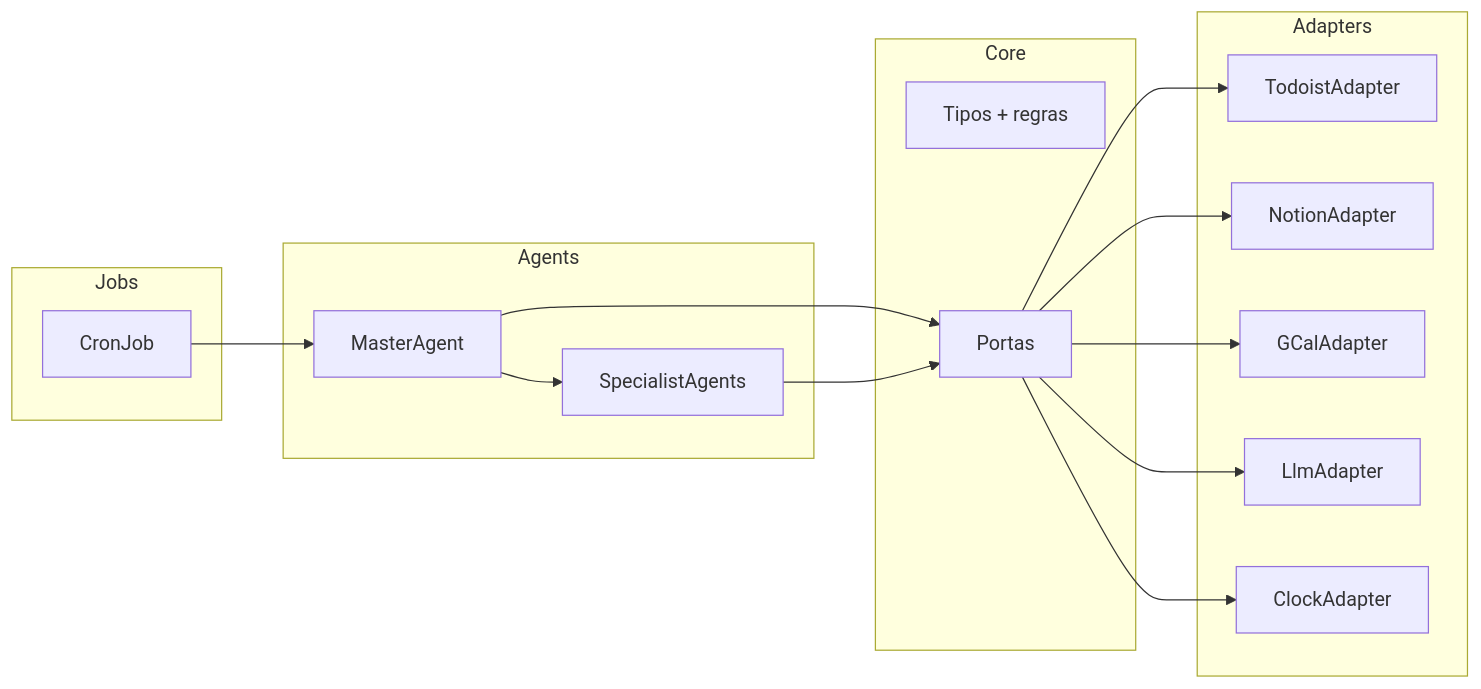
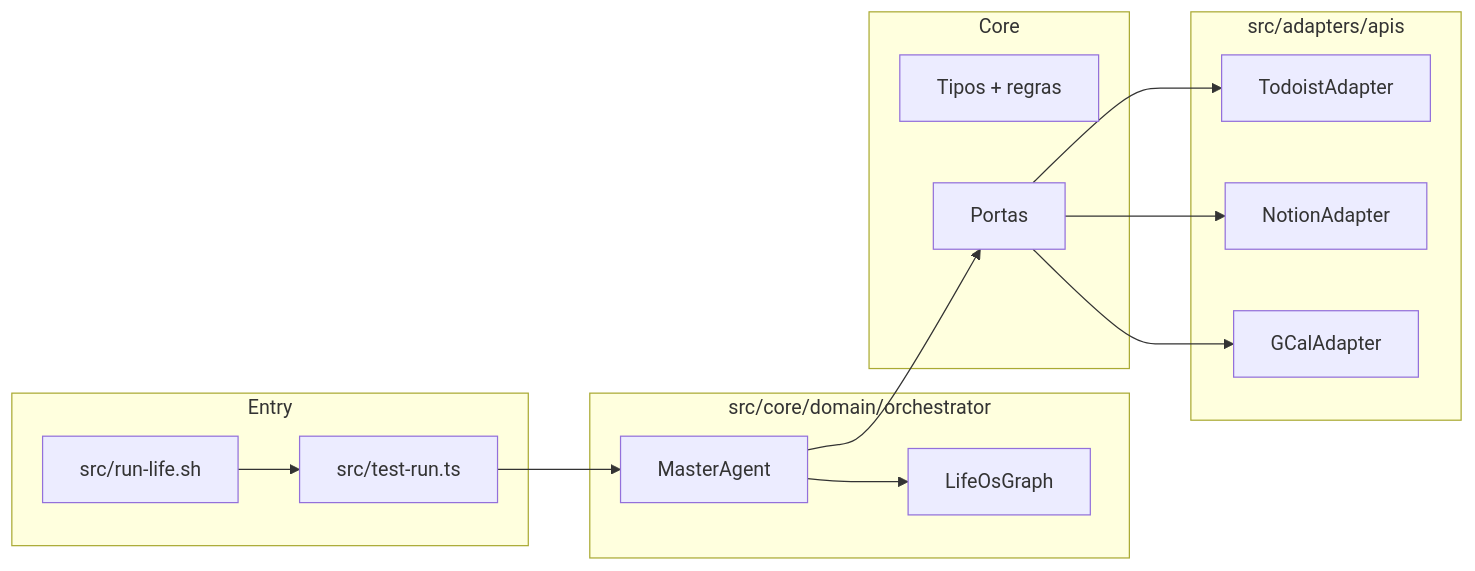
Before and after one commit to leandrobudaumoraes/MyLife: the second of 3 diagrams in docs/specs/00-architecture-overview.md, drawn with Mermaid. The commit also changed other lines of this file and 9 other files, not shown here.

Commit message:
Update architecture overview, add .env.example for environment configuration, and enhance README with detailed project description and current implementation status. Adjust specs to reflect the current state of the codebase and clarify the roles of agents and their interactions.

````diff
--- a/docs/specs/00-architecture-overview.md
+++ b/docs/specs/00-architecture-overview.md
@@ -142,30 +142,29 @@
 ```mermaid
 flowchart LR
-  subgraph Jobs
-    CronJob
+  subgraph Entry
+    TestRun["src/test-run.ts"]
+    Wrapper["src/run-life.sh"]
   end
 
-  subgraph Agents
+  subgraph Orchestrator["src/core/domain/orchestrator"]
     MasterAgent
-    SpecialistAgents
+    LifeOsGraph
   end
 
   subgraph Core
     Domain["Tipos + regras"]
     Ports["Portas"]
   end
 
-  subgraph Adapters
+  subgraph Adapters["src/adapters/apis"]
     TodoistAdapter
     NotionAdapter
     GCalAdapter
-    LlmAdapter
-    ClockAdapter
   end
 
-  CronJob --> MasterAgent
-  MasterAgent --> SpecialistAgents
+  Wrapper --> TestRun
+  TestRun --> MasterAgent
+  MasterAgent --> LifeOsGraph
   MasterAgent --> Ports
-  SpecialistAgents --> Ports
-  Ports --> TodoistAdapter & NotionAdapter & GCalAdapter & LlmAdapter & ClockAdapter
+  Ports --> TodoistAdapter & NotionAdapter & GCalAdapter
 ```
````
